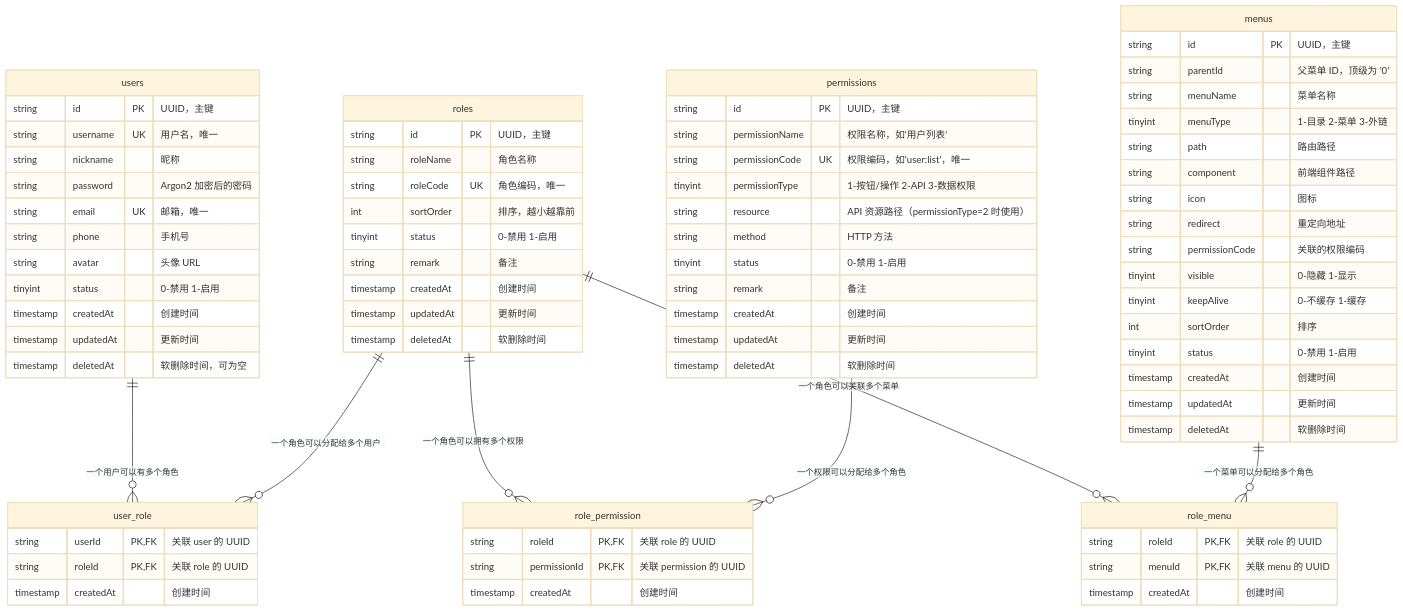
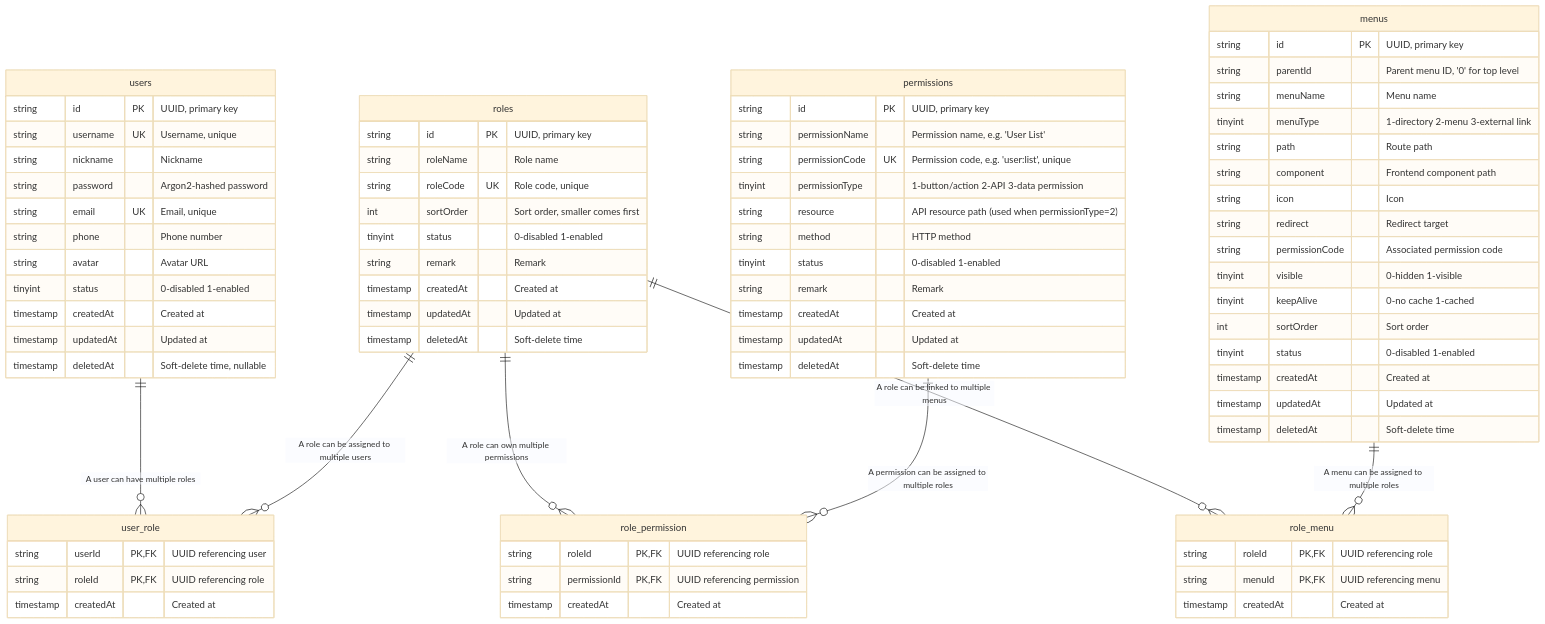
One commit to cjy1998/hono-rbac-starter changed the diagram in README.md. Above: the diagram before and after it, drawn with Mermaid (base theme). The commit also changed other lines of this file and 1 other file, not shown here.

````diff
--- a/README.md
+++ b/README.md
@@ -61,86 +67,86 @@
 ```mermaid
 erDiagram
     users {
-        string id PK "UUID，主键"
-        string username UK "用户名，唯一"
-        string nickname "昵称"
-        string password "Argon2 加密后的密码"
-        string email UK "邮箱，唯一"
-        string phone "手机号"
-        string avatar "头像 URL"
-        tinyint status "0-禁用 1-启用"
-        timestamp createdAt "创建时间"
-        timestamp updatedAt "更新时间"
-        timestamp deletedAt "软删除时间，可为空"
+        string id PK "UUID, primary key"
+        string username UK "Username, unique"
+        string nickname "Nickname"
+        string password "Argon2-hashed password"
+        string email UK "Email, unique"
+        string phone "Phone number"
+        string avatar "Avatar URL"
+        tinyint status "0-disabled 1-enabled"
+        timestamp createdAt "Created at"
+        timestamp updatedAt "Updated at"
+        timestamp deletedAt "Soft-delete time, nullable"
     }
 
     roles {
-        string id PK "UUID，主键"
-        string roleName "角色名称"
-        string roleCode UK "角色编码，唯一"
-        int sortOrder "排序，越小越靠前"
-        tinyint status "0-禁用 1-启用"
-        string remark "备注"
-        timestamp createdAt "创建时间"
-        timestamp updatedAt "更新时间"
-        timestamp deletedAt "软删除时间"
+        string id PK "UUID, primary key"
+        string roleName "Role name"
+        string roleCode UK "Role code, unique"
+        int sortOrder "Sort order, smaller comes first"
+        tinyint status "0-disabled 1-enabled"
+        string remark "Remark"
+        timestamp createdAt "Created at"
+        timestamp updatedAt "Updated at"
+        timestamp deletedAt "Soft-delete time"
     }
 
     permissions {
-        string id PK "UUID，主键"
-        string permissionName "权限名称，如'用户列表'"
-        string permissionCode UK "权限编码，如'user:list'，唯一"
-        tinyint permissionType "1-按钮/操作 2-API 3-数据权限"
-        string resource "API 资源路径（permissionType=2 时使用）"
-        string method "HTTP 方法"
-        tinyint status "0-禁用 1-启用"
-        string remark "备注"
-        timestamp createdAt "创建时间"
-        timestamp updatedAt "更新时间"
-        timestamp deletedAt "软删除时间"
+        string id PK "UUID, primary key"
+        string permissionName "Permission name, e.g. 'User List'"
+        string permissionCode UK "Permission code, e.g. 'user:list', unique"
+        tinyint permissionType "1-button/action 2-API 3-data permission"
+        string resource "API resource path (used when permissionType=2)"
+        string method "HTTP method"
+        tinyint status "0-disabled 1-enabled"
+        string remark "Remark"
+        timestamp createdAt "Created at"
+        timestamp updatedAt "Updated at"
+        timestamp deletedAt "Soft-delete time"
     }
 
     menus {
-        string id PK "UUID，主键"
-        string parentId "父菜单 ID，顶级为 '0'"
-        string menuName "菜单名称"
-        tinyint menuType "1-目录 2-菜单 3-外链"
-        string path "路由路径"
-        string component "前端组件路径"
-        string icon "图标"
-        string redirect "重定向地址"
-        string permissionCode "关联的权限编码"
-        tinyint visible "0-隐藏 1-显示"
-        tinyint keepAlive "0-不缓存 1-缓存"
-        int sortOrder "排序"
-        tinyint status "0-禁用 1-启用"
-        timestamp createdAt "创建时间"
-        timestamp updatedAt "更新时间"
-        timestamp deletedAt "软删除时间"
+        string id PK "UUID, primary key"
+        string parentId "Parent menu ID, '0' for top level"
+        string menuName "Menu name"
+        tinyint menuType "1-directory 2-menu 3-external link"
+        string path "Route path"
+        string component "Frontend component path"
+        string icon "Icon"
+        string redirect "Redirect target"
+        string permissionCode "Associated permission code"
+        tinyint visible "0-hidden 1-visible"
+        tinyint keepAlive "0-no cache 1-cached"
+        int sortOrder "Sort order"
+        tinyint status "0-disabled 1-enabled"
+        timestamp createdAt "Created at"
+        timestamp updatedAt "Updated at"
+        timestamp deletedAt "Soft-delete time"
     }
 
     user_role {
-        string userId PK,FK "关联 user 的 UUID"
-        string roleId PK,FK "关联 role 的 UUID"
-        timestamp createdAt "创建时间"
+        string userId PK,FK "UUID referencing user"
+        string roleId PK,FK "UUID referencing role"
+        timestamp createdAt "Created at"
     }
 
     role_permission {
-        string roleId PK,FK "关联 role 的 UUID"
-        string permissionId PK,FK "关联 permission 的 UUID"
-        timestamp createdAt "创建时间"
+        string roleId PK,FK "UUID referencing role"
+        string permissionId PK,FK "UUID referencing permission"
+        timestamp createdAt "Created at"
     }
 
     role_menu {
-        string roleId PK,FK "关联 role 的 UUID"
-        string menuId PK,FK "关联 menu 的 UUID"
-        timestamp createdAt "创建时间"
+        string roleId PK,FK "UUID referencing role"
+        string menuId PK,FK "UUID referencing menu"
+        timestamp createdAt "Created at"
     }
 
-    users ||--o{ user_role : "一个用户可以有多个角色"
-    roles ||--o{ user_role : "一个角色可以分配给多个用户"
-    roles ||--o{ role_permission : "一个角色可以拥有多个权限"
-    permissions ||--o{ role_permission : "一个权限可以分配给多个角色"
-    roles ||--o{ role_menu : "一个角色可以关联多个菜单"
-    menus ||--o{ role_menu : "一个菜单可以分配给多个角色"
+    users ||--o{ user_role : "A user can have multiple roles"
+    roles ||--o{ user_role : "A role can be assigned to multiple users"
+    roles ||--o{ role_permission : "A role can own multiple permissions"
+    permissions ||--o{ role_permission : "A permission can be assigned to multiple roles"
+    roles ||--o{ role_menu : "A role can be linked to multiple menus"
+    menus ||--o{ role_menu : "A menu can be assigned to multiple roles"
 ```
````
